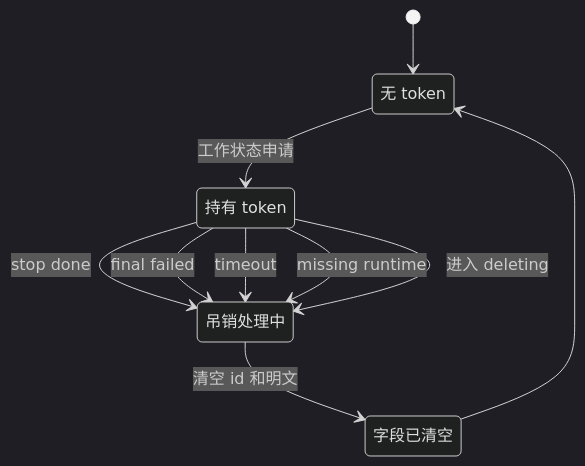
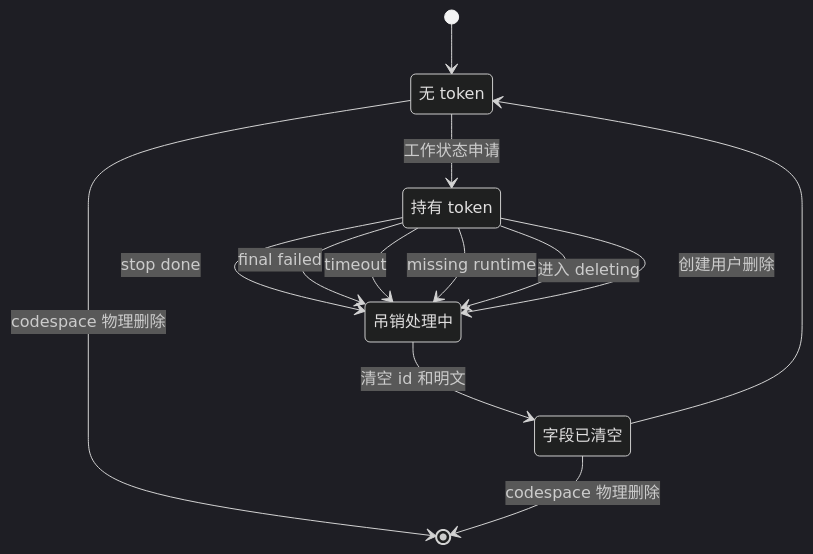
One commit to ExplodingDragon/gitea-dev changed the fourth of 4 diagrams in src/state-machine.md. Above: the diagram before and after it, drawn with Mermaid (dark theme). The commit also changed other lines of this file and 9 other files, not shown here.

````diff
--- a/src/state-machine.md
+++ b/src/state-machine.md
@@ -349,19 +369,22 @@
 ```mermaid
 stateDiagram-v2
     direction TB
 
     NoToken: 无 token
     HasToken: 持有 token
     Revoking: 吊销处理中
     Cleared: 字段已清空
 
     [*] --> NoToken
     NoToken --> HasToken: 工作状态申请
     HasToken --> Revoking: stop done
     HasToken --> Revoking: final failed
     HasToken --> Revoking: timeout
     HasToken --> Revoking: missing runtime
     HasToken --> Revoking: 进入 deleting
+    HasToken --> Revoking: 创建用户删除
     Revoking --> Cleared: 清空 id 和明文
     Cleared --> NoToken
+    NoToken --> [*]: codespace 物理删除
+    Cleared --> [*]: codespace 物理删除
 ```
````
